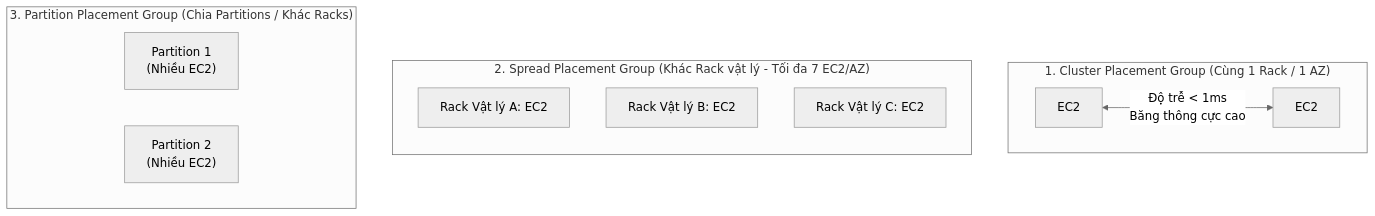
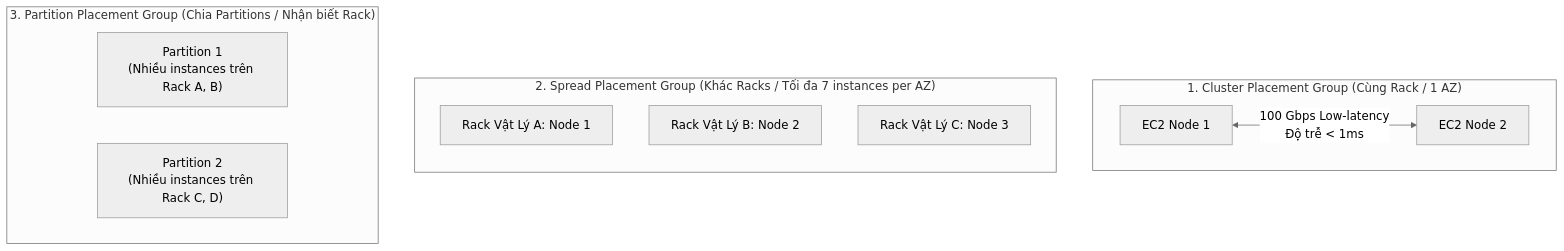
Before and after one commit to nhatphanhk/AWS_XBrain_Note: the fourth of 6 diagrams in AWS_Services/EC2_Elastic_Compute_Cloud.md, drawn with Mermaid (neutral theme). The commit also changed other lines of this file and 15 other files, not shown here.

````diff
--- a/AWS_Services/EC2_Elastic_Compute_Cloud.md
+++ b/AWS_Services/EC2_Elastic_Compute_Cloud.md
@@ -77,20 +119,20 @@
 ```mermaid
 flowchart TD
-    subgraph Cluster["1. Cluster Placement Group (Cùng 1 Rack / 1 AZ)"]
+    subgraph Cluster["1. Cluster Placement Group (Cùng Rack / 1 AZ)"]
         direction LR
-        C1[EC2] <-->|Độ trễ < 1ms\nBăng thông cực cao| C2[EC2]
+        EC1[EC2 Node 1] <-->|100 Gbps Low-latency\nĐộ trễ < 1ms| EC2_Node[EC2 Node 2]
     end
 
-    subgraph Spread["2. Spread Placement Group (Khác Rack vật lý - Tối đa 7 EC2/AZ)"]
+    subgraph Spread["2. Spread Placement Group (Khác Racks / Tối đa 7 instances per AZ)"]
         direction TB
-        R1[Rack Vật lý A: EC2]
-        R2[Rack Vật lý B: EC2]
-        R3[Rack Vật lý C: EC2]
+        R1[Rack Vật Lý A: Node 1]
+        R2[Rack Vật Lý B: Node 2]
+        R3[Rack Vật Lý C: Node 3]
     end
 
-    subgraph Partition["3. Partition Placement Group (Chia Partitions / Khác Racks)"]
+    subgraph Partition["3. Partition Placement Group (Chia Partitions / Nhận biết Rack)"]
         direction LR
-        P1["Partition 1\n(Nhiều EC2)"]
-        P2["Partition 2\n(Nhiều EC2)"]
+        P1["Partition 1\n(Nhiều instances trên Rack A, B)"]
+        P2["Partition 2\n(Nhiều instances trên Rack C, D)"]
     end
 ```
````
